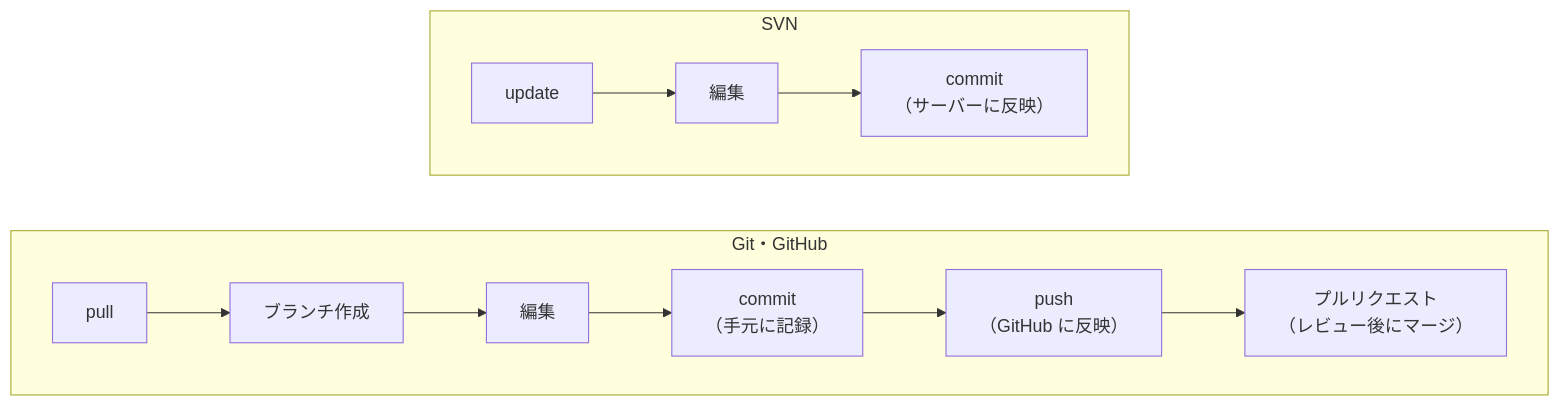
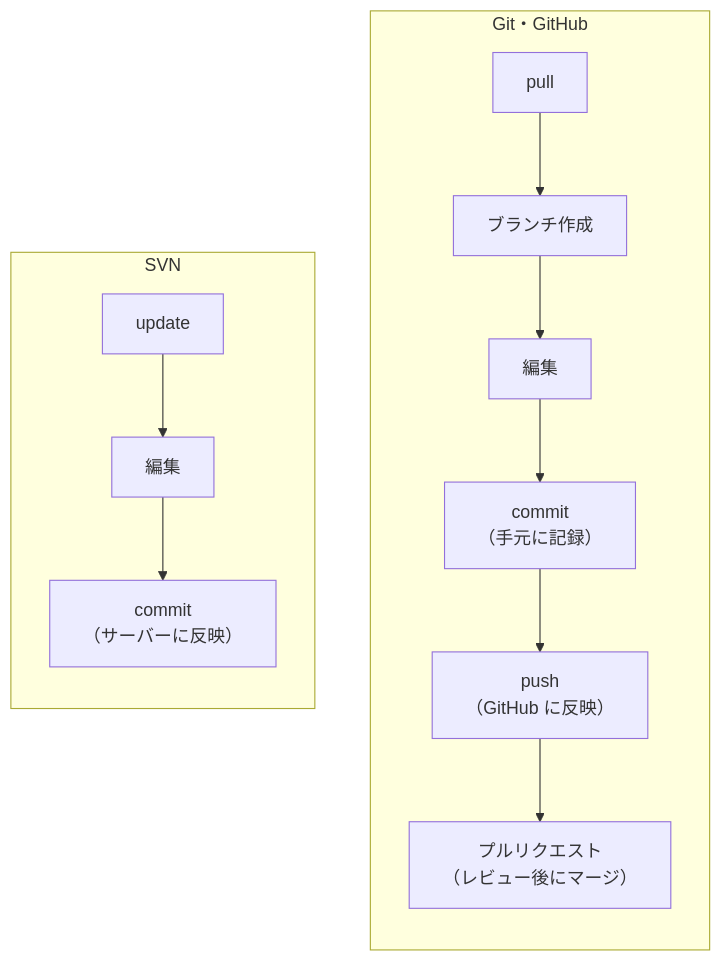
One commit to xclang-brain/document changed the diagram in svn-to-github-migration/diagrams/01-git-github-2.mmd. Above: the diagram before and after it, drawn with Mermaid. The commit also changed 7 other files, not shown here.

```diff
--- a/svn-to-github-migration/diagrams/01-git-github-2.mmd
+++ b/svn-to-github-migration/diagrams/01-git-github-2.mmd
@@ -1,9 +1,9 @@
-flowchart LR
+flowchart TB
     subgraph GIT["Git・GitHub"]
-        direction LR
+        direction TB
         G1["pull"] --> G2["ブランチ作成"] --> G3["編集"] --> G4["commit<br/>（手元に記録）"] --> G5["push<br/>（GitHub に反映）"] --> G6["プルリクエスト<br/>（レビュー後にマージ）"]
     end
     subgraph SVN["SVN"]
-        direction LR
+        direction TB
         S1["update"] --> S2["編集"] --> S3["commit<br/>（サーバーに反映）"]
     end
```
